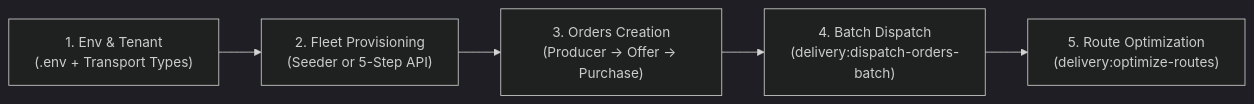
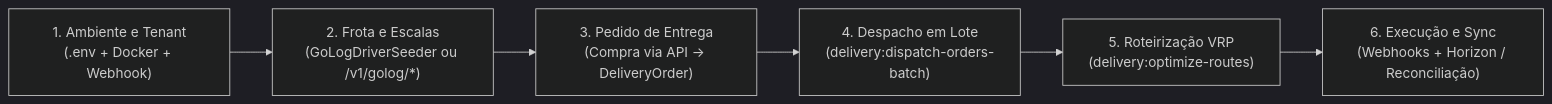
Before and after one commit to nahel-argama/cultiva-backend: the diagram in docs/GOLOG_SETUP.md, drawn with Mermaid (dark theme). The commit also changed other lines of this file, not shown here.

````diff
--- a/docs/GOLOG_SETUP.md
+++ b/docs/GOLOG_SETUP.md
@@ -5,7 +5,8 @@
 ```mermaid
 flowchart LR
-    A["1. Env & Tenant\n(.env + Transport Types)"] --> B["2. Fleet Provisioning\n(Seeder or 5-Step API)"]
-    B --> C["3. Orders Creation\n(Producer -> Offer -> Purchase)"]
-    C --> D["4. Batch Dispatch\n(delivery:dispatch-orders-batch)"]
-    D --> E["5. Route Optimization\n(delivery:optimize-routes)"]
+    A["1. Ambiente e Tenant\n(.env + Docker + Webhook)"] --> B["2. Frota e Escalas\n(GoLogDriverSeeder ou /v1/golog/*)"]
+    B --> C["3. Pedido de Entrega\n(Compra via API -> DeliveryOrder)"]
+    C --> D["4. Despacho em Lote\n(delivery:dispatch-orders-batch)"]
+    D --> E["5. Roteirização VRP\n(delivery:optimize-routes)"]
+    E --> F["6. Execução e Sync\n(Webhooks + Horizon / Reconciliação)"]
 ```
````
